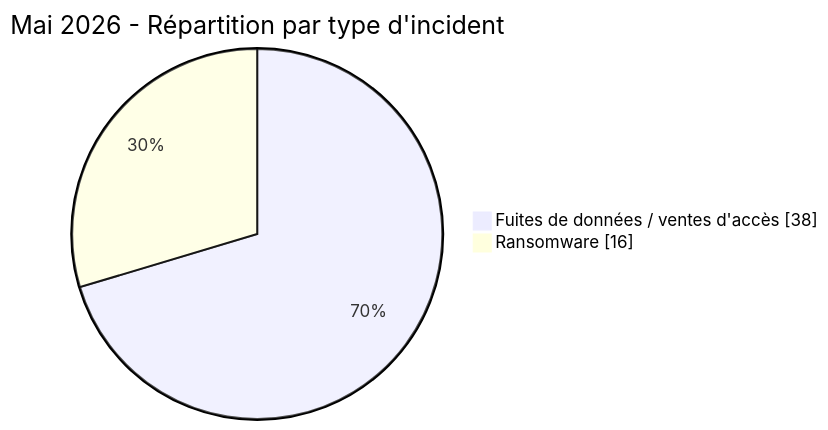
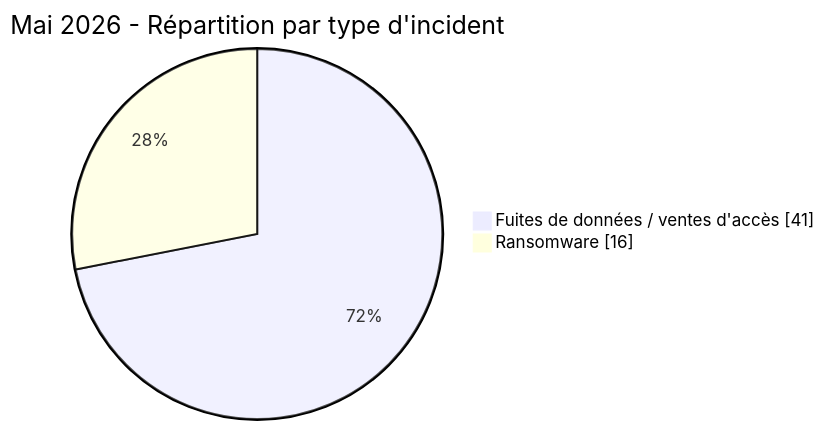
Before and after one commit to Hatchepsoute/AFRINTEL: the second of 5 diagrams in comparison/2026/05-may-june/README_FR.md, drawn with Mermaid. The commit also changed other lines of this file and 28 other files, not shown here.

````diff
--- a/comparison/2026/05-may-june/README_FR.md
+++ b/comparison/2026/05-may-june/README_FR.md
@@ -48,6 +48,6 @@
 ```mermaid
 pie showData
     title Mai 2026 - Répartition par type d'incident
-    "Fuites de données / ventes d'accès" : 38
+    "Fuites de données / ventes d'accès" : 41
     "Ransomware" : 16
 ```
````
